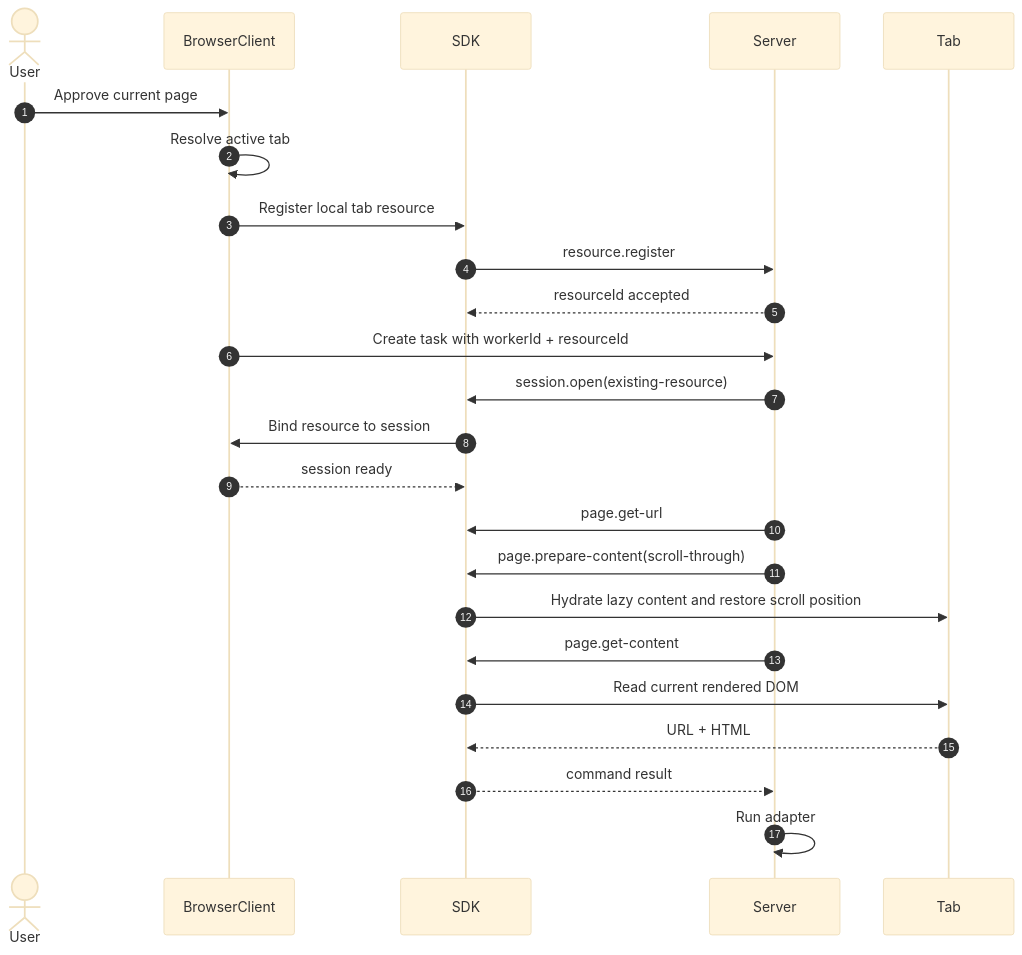
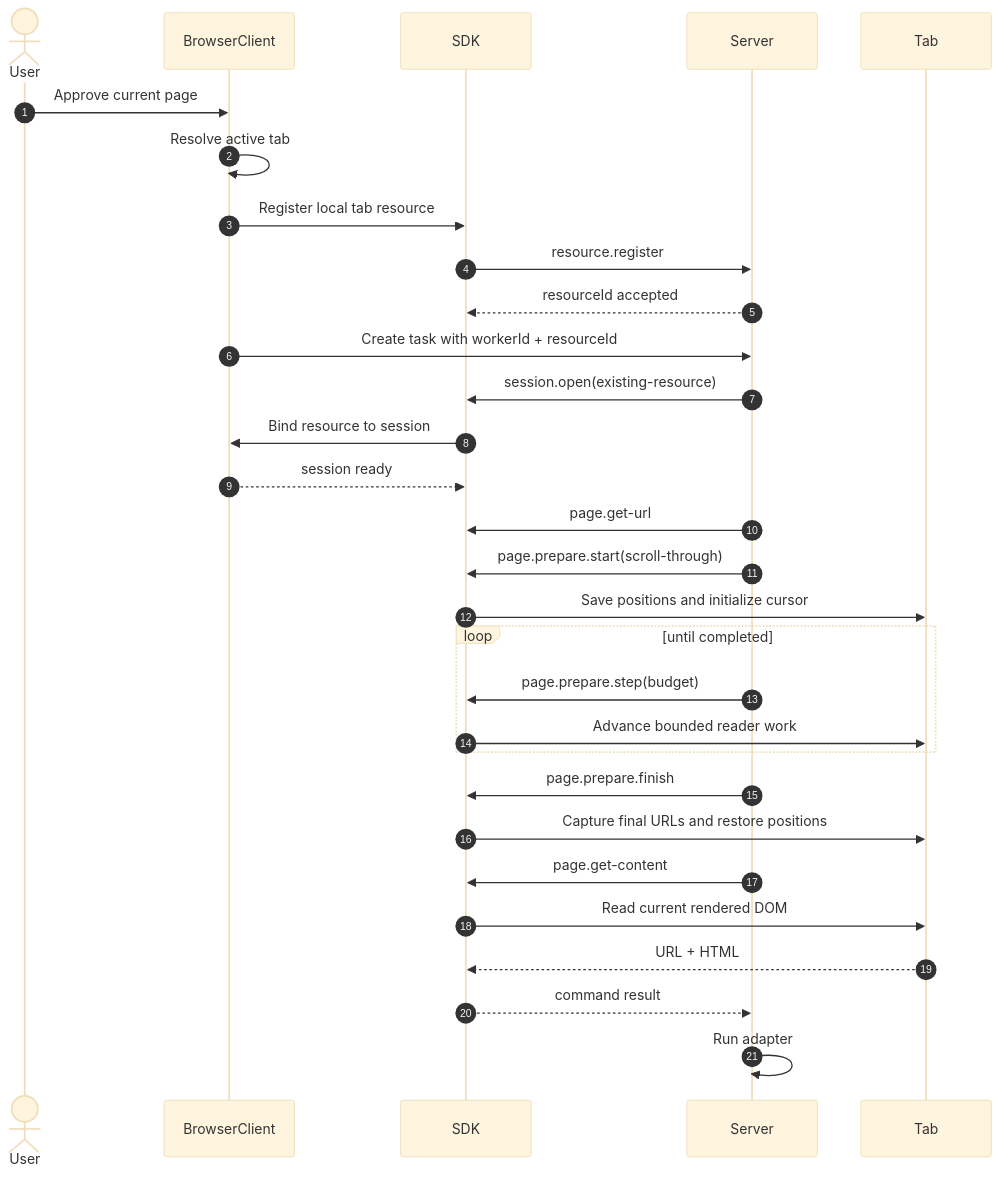
Before and after one commit to luberserker0v0/comic-crawler: the third of 4 diagrams in docs/development/BROWSER_EXECUTION_MODES.md, drawn with Mermaid (base theme). The commit also changed 32 other files, not shown here.

````diff
--- a/docs/development/BROWSER_EXECUTION_MODES.md
+++ b/docs/development/BROWSER_EXECUTION_MODES.md
@@ -368,27 +368,33 @@
 ```mermaid
 sequenceDiagram
   autonumber
   actor User
   participant BrowserClient
   participant SDK
   participant Server
   participant Tab
 
   User->>BrowserClient: Approve current page
   BrowserClient->>BrowserClient: Resolve active tab
   BrowserClient->>SDK: Register local tab resource
   SDK->>Server: resource.register
   Server-->>SDK: resourceId accepted
   BrowserClient->>Server: Create task with workerId + resourceId
   Server->>SDK: session.open(existing-resource)
   SDK->>BrowserClient: Bind resource to session
   BrowserClient-->>SDK: session ready
   Server->>SDK: page.get-url
-  Server->>SDK: page.prepare-content(scroll-through)
-  SDK->>Tab: Hydrate lazy content and restore scroll position
+  Server->>SDK: page.prepare.start(scroll-through)
+  SDK->>Tab: Save positions and initialize cursor
+  loop until completed
+    Server->>SDK: page.prepare.step(budget)
+    SDK->>Tab: Advance bounded reader work
+  end
+  Server->>SDK: page.prepare.finish
+  SDK->>Tab: Capture final URLs and restore positions
   Server->>SDK: page.get-content
   SDK->>Tab: Read current rendered DOM
   Tab-->>SDK: URL + HTML
   SDK-->>Server: command result
   Server->>Server: Run adapter
 ```
````
